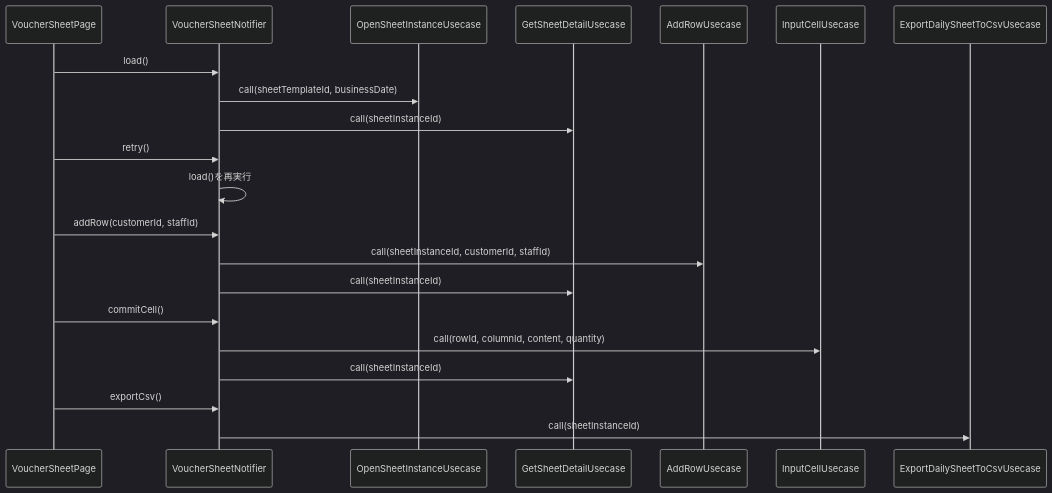
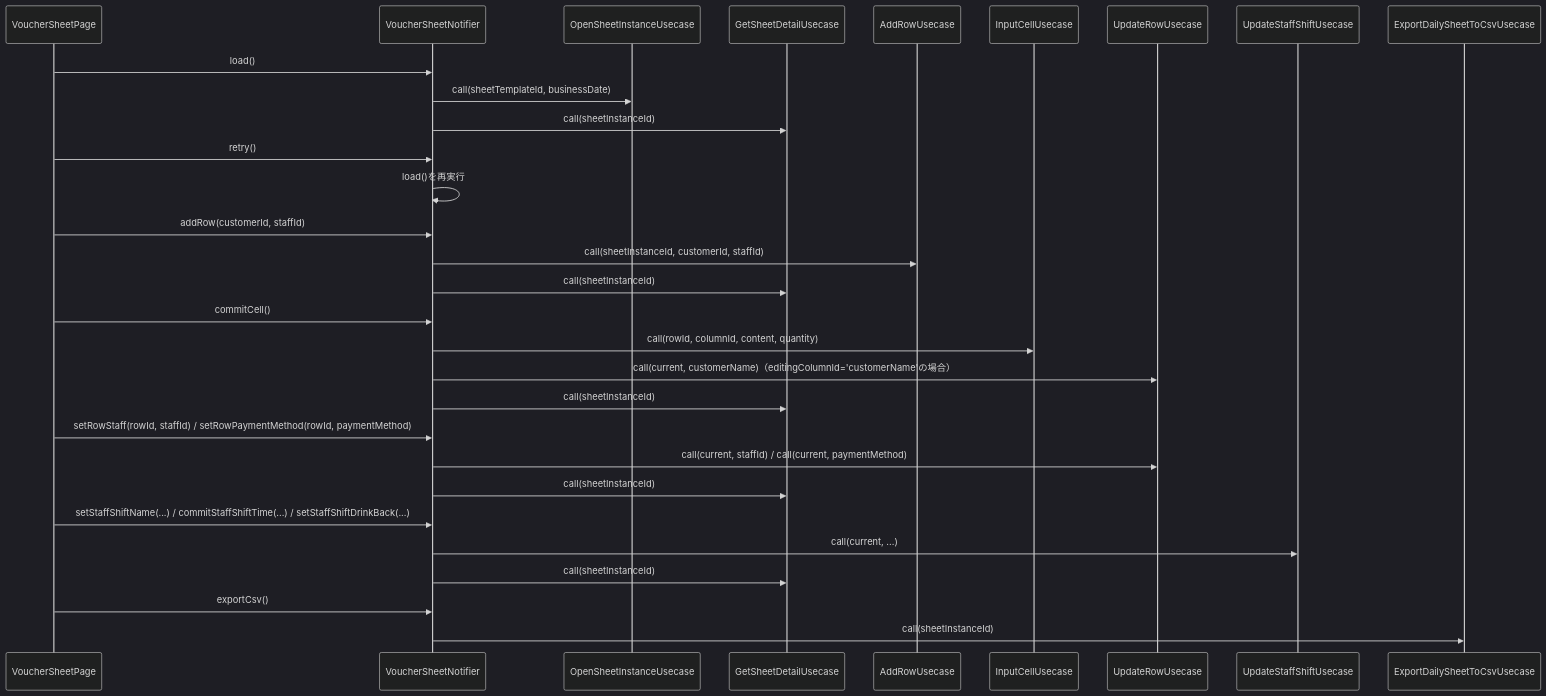
The diagram in docs/design/lib/src/features/voucher/presentation/controllers/voucher_sheet_notifier.md (MinamiyamaKotaro/m3_pad), drawn with Mermaid (dark theme) before and after one commit. The commit also changed other lines of this file and 35 other files, not shown here.

First line of the commit message:
Reflect payment method, staff shift, and daily summary specs into design docs

````diff
--- a/docs/design/lib/src/features/voucher/presentation/controllers/voucher_sheet_notifier.md
+++ b/docs/design/lib/src/features/voucher/presentation/controllers/voucher_sheet_notifier.md
@@ -21,28 +24,39 @@
 ```mermaid
 sequenceDiagram
     participant P as VoucherSheetPage
     participant N as VoucherSheetNotifier
     participant OSI as OpenSheetInstanceUsecase
     participant GSD as GetSheetDetailUsecase
     participant AR as AddRowUsecase
     participant IC as InputCellUsecase
+    participant UR as UpdateRowUsecase
+    participant USS as UpdateStaffShiftUsecase
     participant EDC as ExportDailySheetToCsvUsecase
 
     P->>N: load()
     N->>OSI: call(sheetTemplateId, businessDate)
     N->>GSD: call(sheetInstanceId)
 
     P->>N: retry()
     N->>N: load()を再実行
 
     P->>N: addRow(customerId, staffId)
     N->>AR: call(sheetInstanceId, customerId, staffId)
     N->>GSD: call(sheetInstanceId)
 
     P->>N: commitCell()
     N->>IC: call(rowId, columnId, content, quantity)
+    N->>UR: call(current, customerName)（editingColumnId='customerName'の場合）
+    N->>GSD: call(sheetInstanceId)
+
+    P->>N: setRowStaff(rowId, staffId) / setRowPaymentMethod(rowId, paymentMethod)
+    N->>UR: call(current, staffId) / call(current, paymentMethod)
+    N->>GSD: call(sheetInstanceId)
+
+    P->>N: setStaffShiftName(...) / commitStaffShiftTime(...) / setStaffShiftDrinkBack(...)
+    N->>USS: call(current, ...)
     N->>GSD: call(sheetInstanceId)
 
     P->>N: exportCsv()
     N->>EDC: call(sheetInstanceId)
 ```
````
